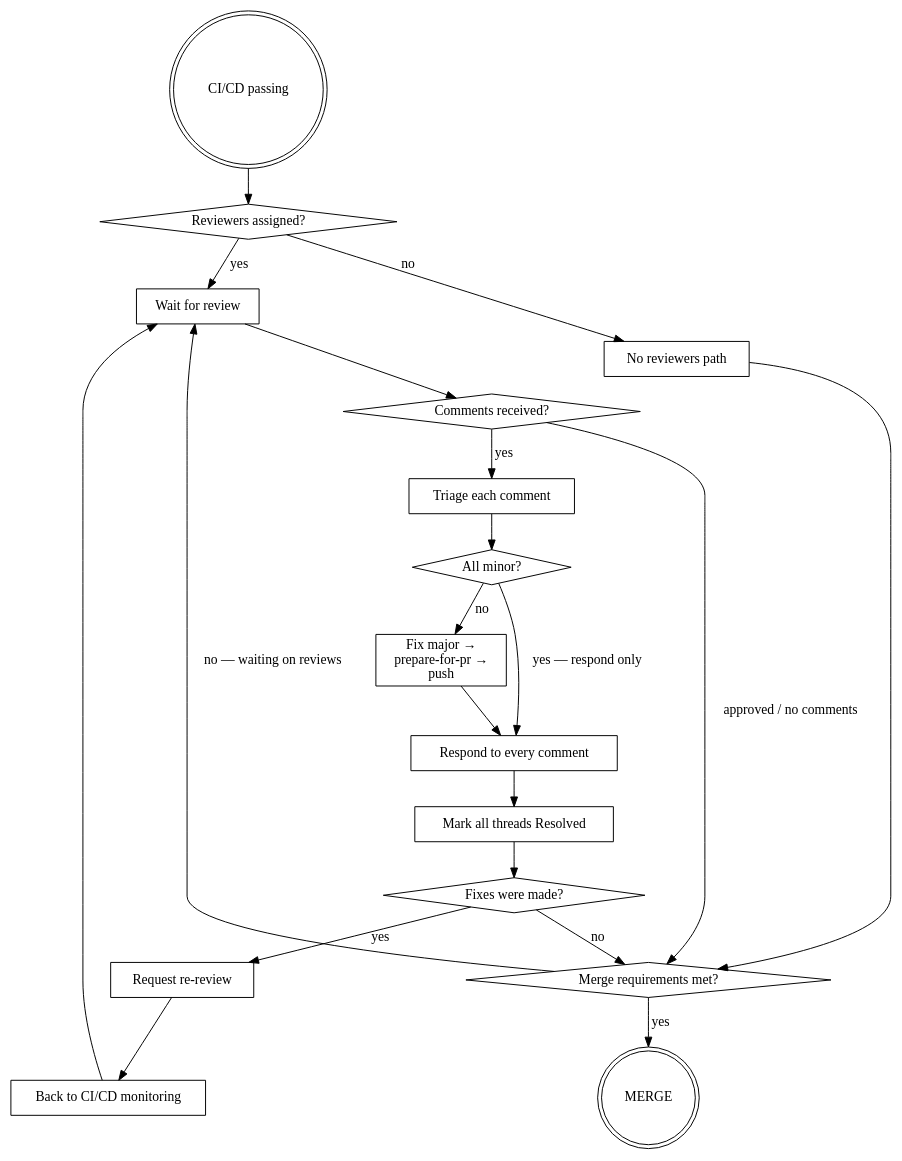
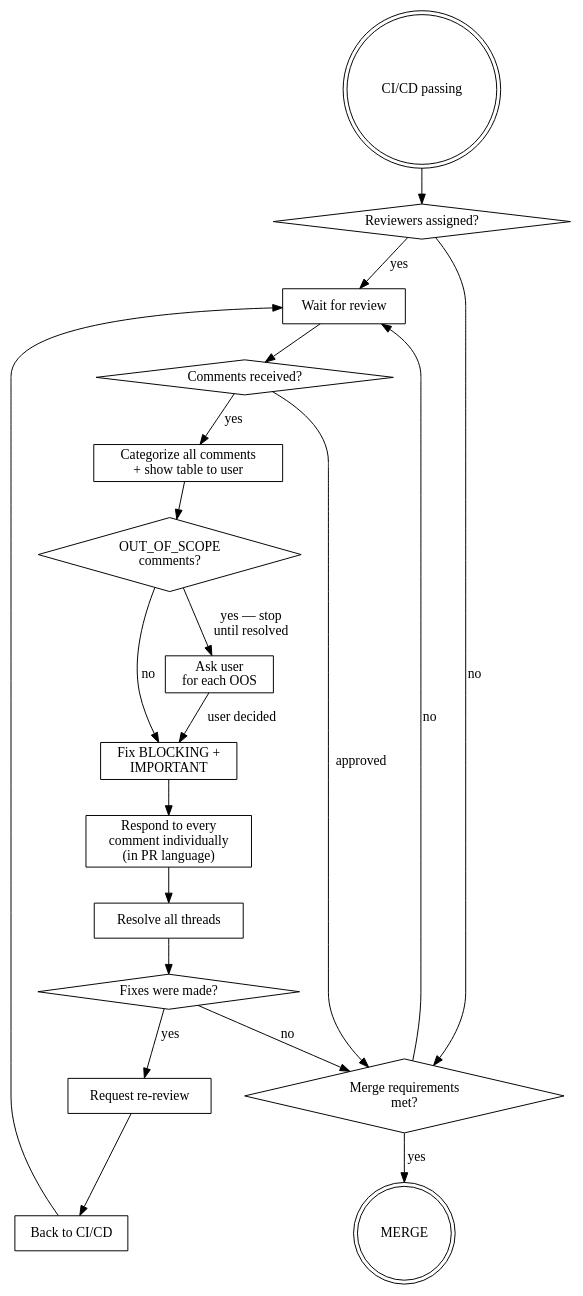
The second of 2 diagrams in plugins/developer-workflow/skills/pr-lifecycle/SKILL.md (kirich1409/maven-central-mcp), drawn with Graphviz before and after one commit. The commit also changed other lines of this file, not shown here.

First line of the commit message:
feat(pr-lifecycle): self-contained comment handling with OUT_OF_SCOPE category

````diff
--- a/plugins/developer-workflow/skills/pr-lifecycle/SKILL.md
+++ b/plugins/developer-workflow/skills/pr-lifecycle/SKILL.md
@@ -45,42 +45,42 @@
 ```dot
 digraph review {
     rankdir=TB;
 
     start [label="CI/CD passing", shape=doublecircle];
     reviewers [label="Reviewers assigned?", shape=diamond];
     wait [label="Wait for review", shape=box];
     comments [label="Comments received?", shape=diamond];
-    triage [label="Triage each comment", shape=box];
-    all_minor [label="All minor?", shape=diamond];
-    fix_major [label="Fix major →\nprepare-for-pr →\npush", shape=box];
-    respond [label="Respond to every comment", shape=box];
-    resolve [label="Mark all threads Resolved", shape=box];
+    categorize [label="Categorize all comments\n+ show table to user", shape=box];
+    out_of_scope [label="OUT_OF_SCOPE\ncomments?", shape=diamond];
+    ask_user [label="Ask user\nfor each OOS", shape=box];
+    fix_blocking [label="Fix BLOCKING +\nIMPORTANT", shape=box];
+    respond_all [label="Respond to every\ncomment individually\n(in PR language)", shape=box];
+    resolve [label="Resolve all threads", shape=box];
     fixes_made [label="Fixes were made?", shape=diamond];
     rereview [label="Request re-review", shape=box];
-    ci_again [label="Back to CI/CD monitoring", shape=box];
-    merge_ok [label="Merge requirements met?", shape=diamond];
+    ci_again [label="Back to CI/CD", shape=box];
+    merge_ok [label="Merge requirements\nmet?", shape=diamond];
     done [label="MERGE", shape=doublecircle];
-    no_rev [label="No reviewers path", shape=box];
 
     start -> reviewers;
     reviewers -> wait [label="yes"];
-    reviewers -> no_rev [label="no"];
-    no_rev -> merge_ok;
+    reviewers -> merge_ok [label="no"];
 
     wait -> comments;
-    comments -> triage [label="yes"];
-    comments -> merge_ok [label="approved / no comments"];
-    triage -> all_minor;
-    all_minor -> respond [label="yes — respond only"];
-    all_minor -> fix_major [label="no"];
-    fix_major -> respond;
-    respond -> resolve;
+    comments -> categorize [label="yes"];
+    comments -> merge_ok [label="approved"];
+    categorize -> out_of_scope;
+    out_of_scope -> ask_user [label="yes — stop\nuntil resolved"];
+    out_of_scope -> fix_blocking [label="no"];
+    ask_user -> fix_blocking [label="user decided"];
+    fix_blocking -> respond_all;
+    respond_all -> resolve;
     resolve -> fixes_made;
     fixes_made -> rereview [label="yes"];
     fixes_made -> merge_ok [label="no"];
     rereview -> ci_again;
     ci_again -> wait;
     merge_ok -> done [label="yes"];
-    merge_ok -> wait [label="no — waiting on reviews"];
+    merge_ok -> wait [label="no"];
 }
 ```
````
